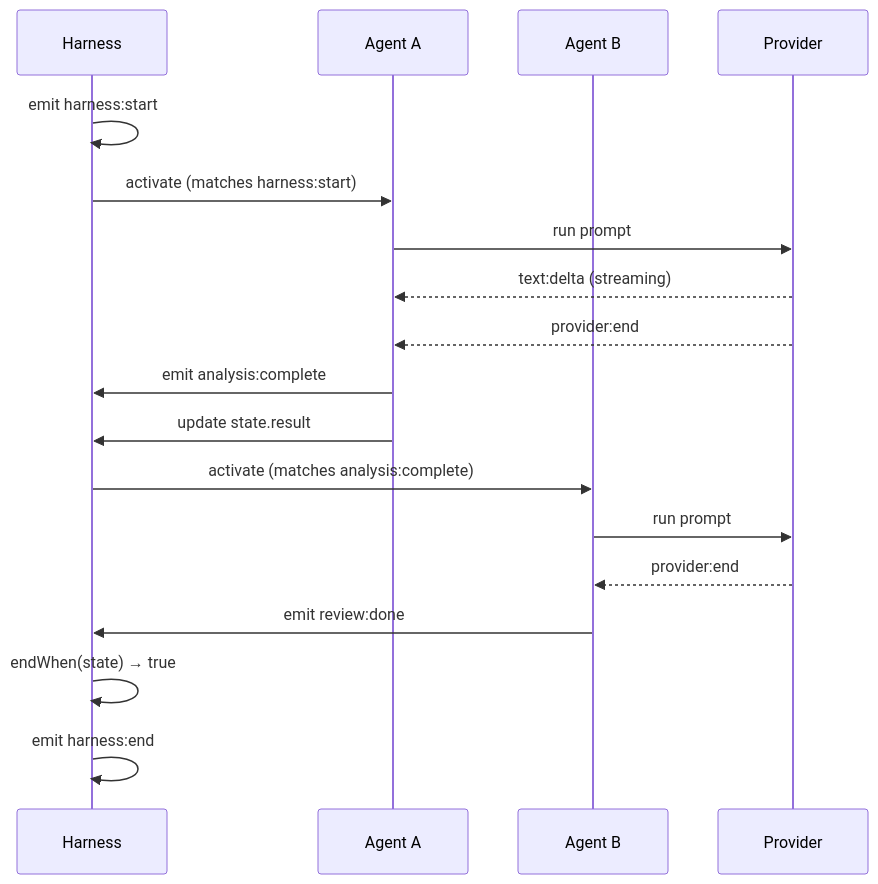
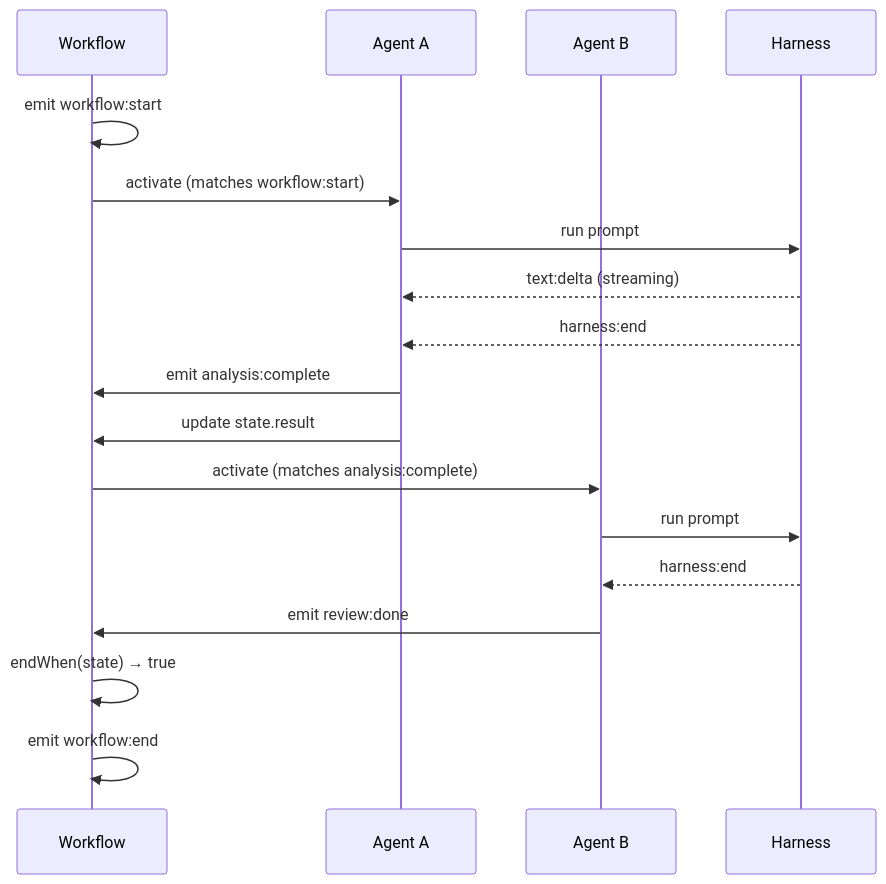
One commit to Open-Harness/open-harness changed the second of 2 diagrams in apps/docs/content/docs/concepts/architecture.mdx. Above: the diagram before and after it, drawn with Mermaid. The commit also changed other lines of this file and 138 other files, not shown here.

````diff
--- a/apps/docs/content/docs/concepts/architecture.mdx
+++ b/apps/docs/content/docs/concepts/architecture.mdx
@@ -113,21 +113,21 @@
 ```mermaid
 sequenceDiagram
-    participant H as Harness
+    participant W as Workflow
     participant A as Agent A
     participant B as Agent B
-    participant P as Provider
+    participant H as Harness
 
-    H->>H: emit harness:start
-    H->>A: activate (matches harness:start)
-    A->>P: run prompt
-    P-->>A: text:delta (streaming)
-    P-->>A: provider:end
-    A->>H: emit analysis:complete
-    A->>H: update state.result
-    H->>B: activate (matches analysis:complete)
-    B->>P: run prompt
-    P-->>B: provider:end
-    B->>H: emit review:done
-    H->>H: endWhen(state) → true
-    H->>H: emit harness:end
+    W->>W: emit workflow:start
+    W->>A: activate (matches workflow:start)
+    A->>H: run prompt
+    H-->>A: text:delta (streaming)
+    H-->>A: harness:end
+    A->>W: emit analysis:complete
+    A->>W: update state.result
+    W->>B: activate (matches analysis:complete)
+    B->>H: run prompt
+    H-->>B: harness:end
+    B->>W: emit review:done
+    W->>W: endWhen(state) → true
+    W->>W: emit workflow:end
 ```
````
